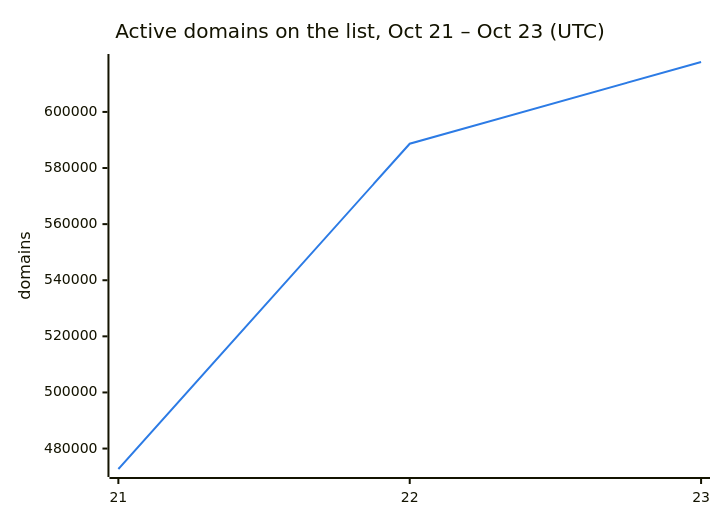
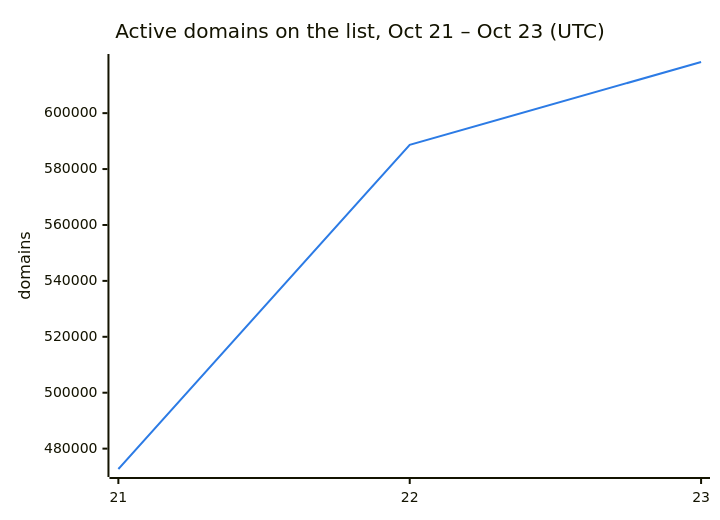
One commit to DNSBunker/CTI changed the second of 3 diagrams in README.md. Above: the diagram before and after it, drawn with Mermaid. The commit also changed other lines of this file and 3 other files, not shown here.

````diff
--- a/README.md
+++ b/README.md
@@ -38,8 +38,8 @@
 ```mermaid
 %%{init: {"themeVariables": {"xyChart": {"plotColorPalette": "#2c7be5"}}}}%%
 xychart-beta
     title "Active domains on the list, Oct 21 – Oct 23 (UTC)"
     x-axis ["21", "22", "23"]
     y-axis "domains"
-    line [472713, 588659, 617797]
+    line [472713, 588659, 618293]
 ```
````
